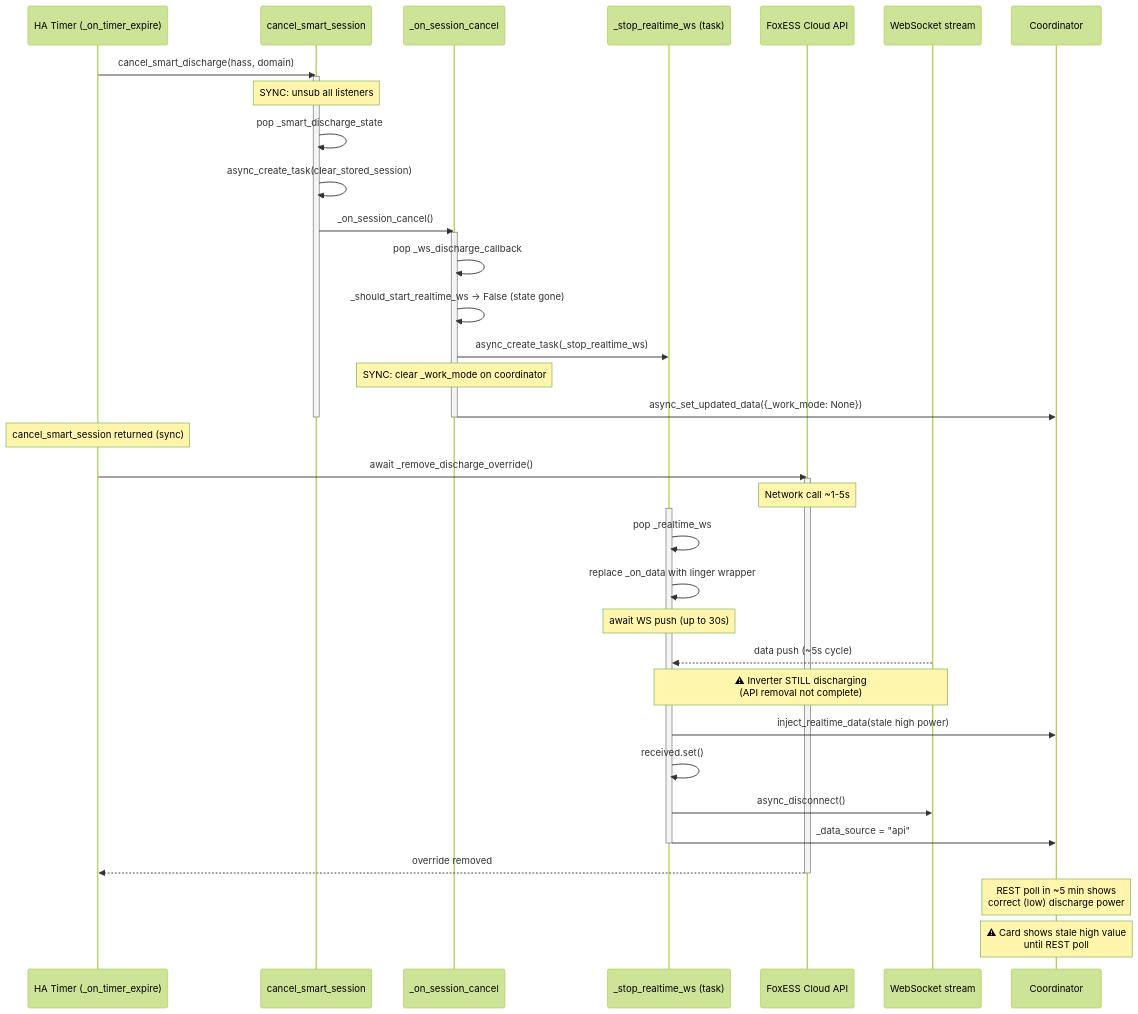
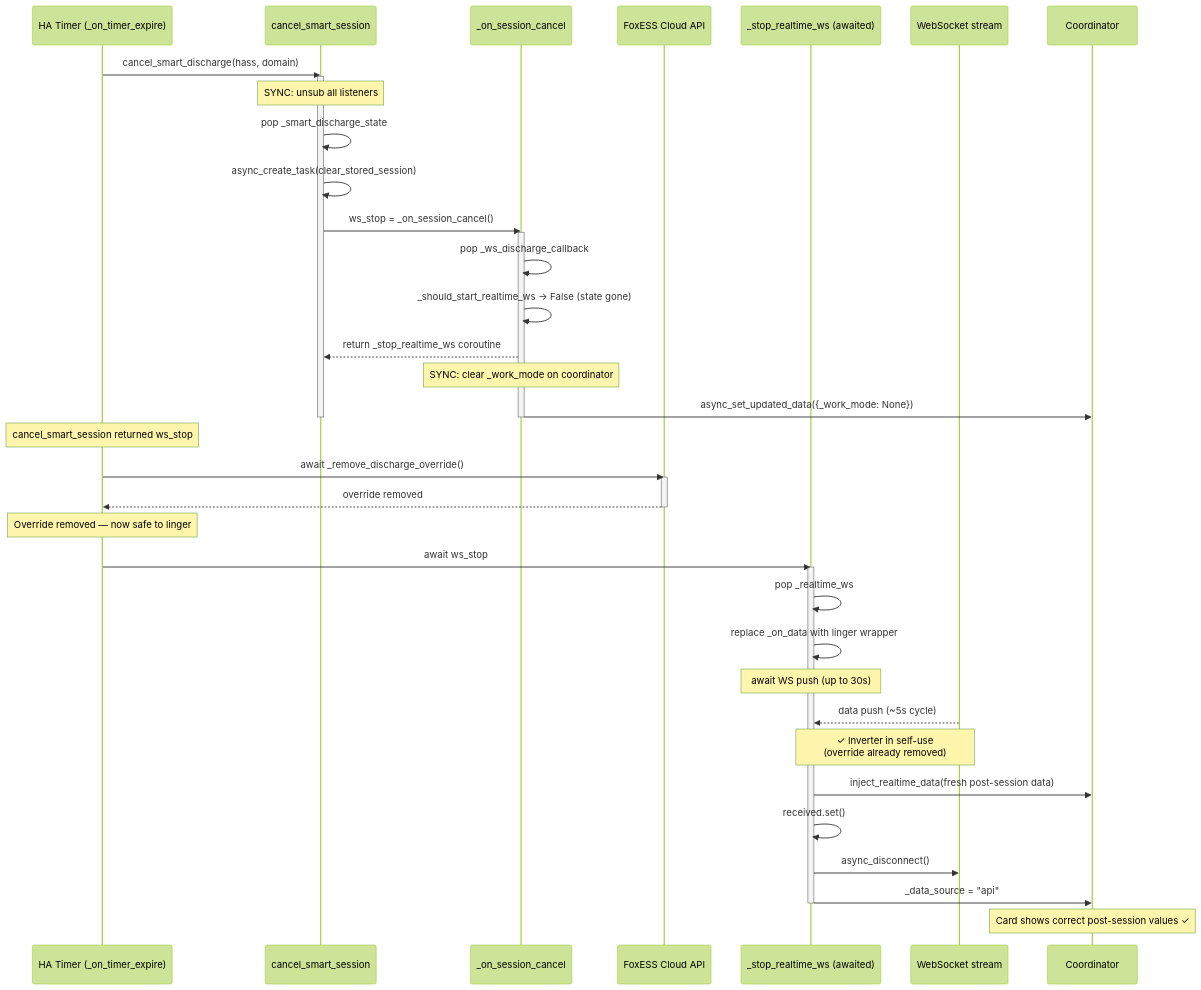
The first of 4 diagrams in docs/knowledge/04-design/session-management.md (nicois/foxess-control), drawn with Mermaid (forest theme) before and after one commit. The commit also changed other lines of this file and 13 other files, not shown here.

````diff
--- a/docs/knowledge/04-design/session-management.md
+++ b/docs/knowledge/04-design/session-management.md
@@ -224,48 +223,47 @@
 ```mermaid
 sequenceDiagram
     participant Timer as HA Timer (_on_timer_expire)
     participant Cancel as cancel_smart_session
     participant Hook as _on_session_cancel
-    participant Linger as _stop_realtime_ws (task)
     participant API as FoxESS Cloud API
+    participant Linger as _stop_realtime_ws (awaited)
     participant WS as WebSocket stream
     participant Coord as Coordinator
 
     Timer->>Cancel: cancel_smart_discharge(hass, domain)
     activate Cancel
     Note over Cancel: SYNC: unsub all listeners
     Cancel->>Cancel: pop _smart_discharge_state
     Cancel->>Cancel: async_create_task(clear_stored_session)
-    Cancel->>Hook: _on_session_cancel()
+    Cancel->>Hook: ws_stop = _on_session_cancel()
     activate Hook
     Hook->>Hook: pop _ws_discharge_callback
     Hook->>Hook: _should_start_realtime_ws → False (state gone)
-    Hook->>Linger: async_create_task(_stop_realtime_ws)
+    Hook-->>Cancel: return _stop_realtime_ws coroutine
     Note over Hook: SYNC: clear _work_mode on coordinator
     Hook->>Coord: async_set_updated_data({_work_mode: None})
     deactivate Hook
     deactivate Cancel
 
-    Note over Timer: cancel_smart_session returned (sync)
+    Note over Timer: cancel_smart_session returned ws_stop
     Timer->>API: await _remove_discharge_override()
     activate API
-    Note over API: Network call ~1-5s
+    API-->>Timer: override removed
+    deactivate API
 
+    Note over Timer: Override removed — now safe to linger
+    Timer->>Linger: await ws_stop
     activate Linger
     Linger->>Linger: pop _realtime_ws
     Linger->>Linger: replace _on_data with linger wrapper
     Note over Linger: await WS push (up to 30s)
 
     WS-->>Linger: data push (~5s cycle)
-    Note over WS,Linger: ⚠ Inverter STILL discharging<br/>(API removal not complete)
-    Linger->>Coord: inject_realtime_data(stale high power)
+    Note over WS,Linger: ✓ Inverter in self-use<br/>(override already removed)
+    Linger->>Coord: inject_realtime_data(fresh post-session data)
     Linger->>Linger: received.set()
     Linger->>WS: async_disconnect()
     Linger->>Coord: _data_source = "api"
     deactivate Linger
-
-    API-->>Timer: override removed
-    deactivate API
-    Note over Coord: REST poll in ~5 min shows<br/>correct (low) discharge power
-    Note over Coord: ⚠ Card shows stale high value<br/>until REST poll
+    Note over Coord: Card shows correct post-session values ✓
 ```
````
